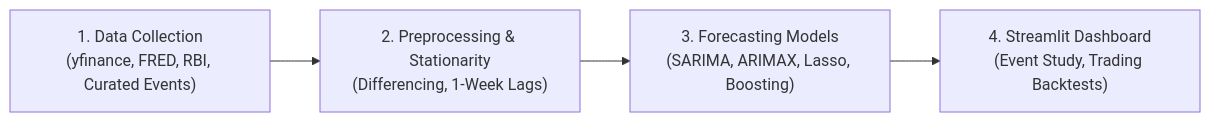
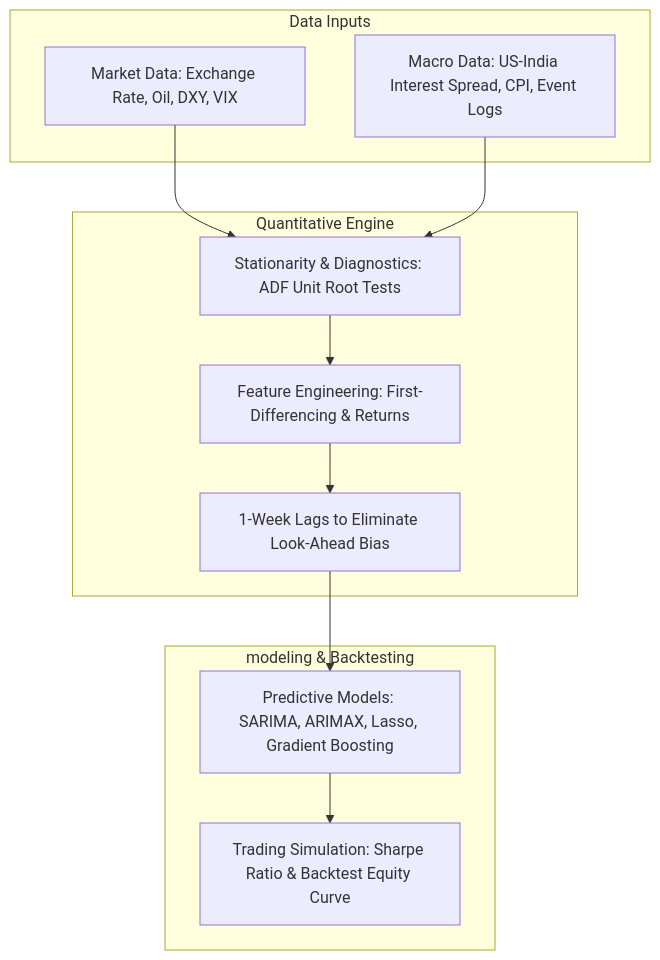
One commit to srishti7103/RupeeRisk changed the diagram in README.md. Above: the diagram before and after it, drawn with Mermaid. The commit also changed other lines of this file, not shown here.

````diff
--- a/README.md
+++ b/README.md
@@ -15,6 +15,28 @@
 ```mermaid
-graph LR
-    A["1. Data Collection<br>(yfinance, FRED, RBI, Curated Events)"] --> B["2. Preprocessing & Stationarity<br>(Differencing, 1-Week Lags)"]
-    B --> C["3. Forecasting Models<br>(SARIMA, ARIMAX, Lasso, Boosting)"]
-    C --> D["4. Streamlit Dashboard<br>(Event Study, Trading Backtests)"]
+graph TD
+    %% Data Inputs
+    subgraph Data Inputs
+        A["Market Data: Exchange Rate, Oil, DXY, VIX"]
+        B["Macro Data: US-India Interest Spread, CPI, Event Logs"]
+    end
+
+    %% Quantitative Engine
+    subgraph Quantitative Engine
+        C["Stationarity & Diagnostics: ADF Unit Root Tests"]
+        D["Feature Engineering: First-Differencing & Returns"]
+        E["1-Week Lags to Eliminate Look-Ahead Bias"]
+    end
+
+    %% Modeling & Backtesting
+    subgraph modeling & Backtesting
+        F["Predictive Models: SARIMA, ARIMAX, Lasso, Gradient Boosting"]
+        G["Trading Simulation: Sharpe Ratio & Backtest Equity Curve"]
+    end
+
+    %% Flow
+    A & B --> C
+    C --> D
+    D --> E
+    E --> F
+    F --> G
 ```
````
